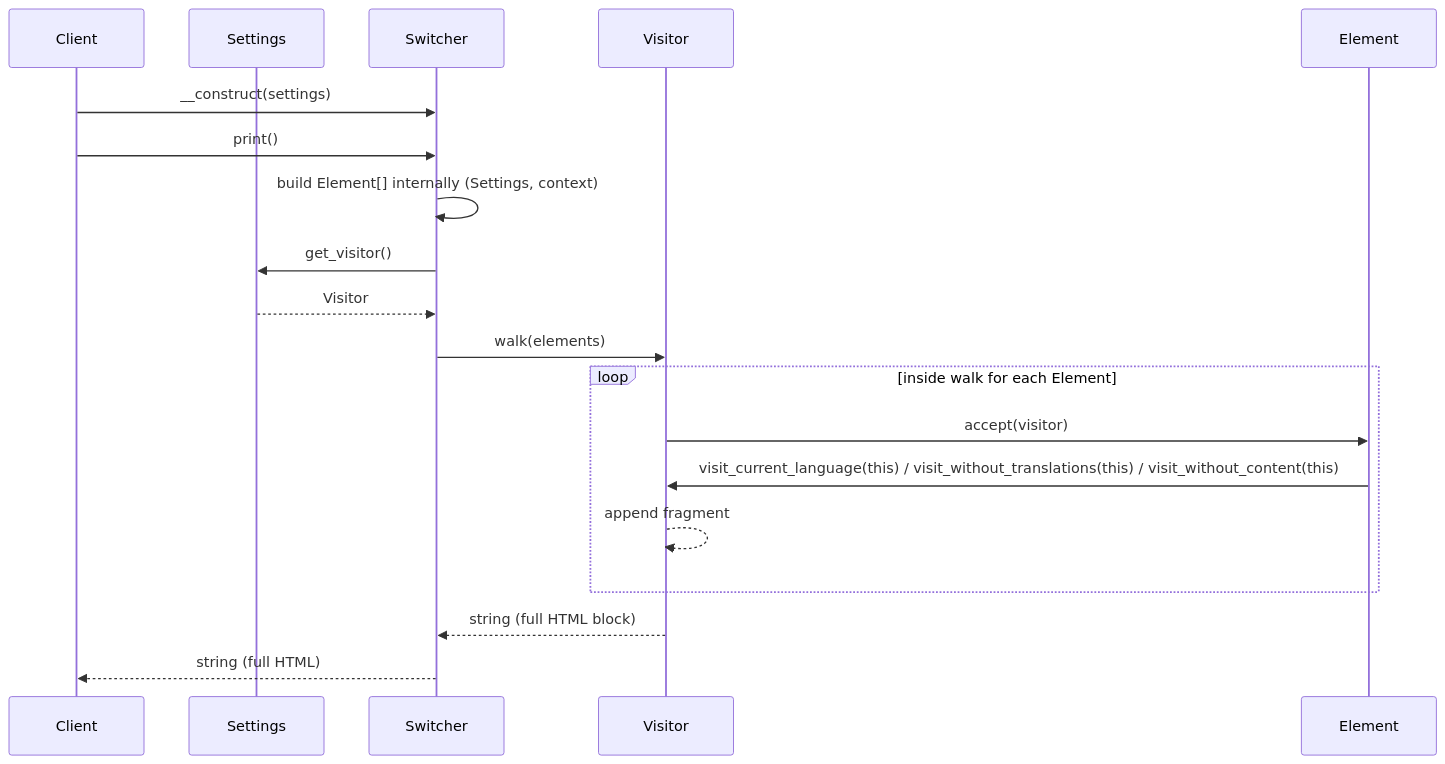
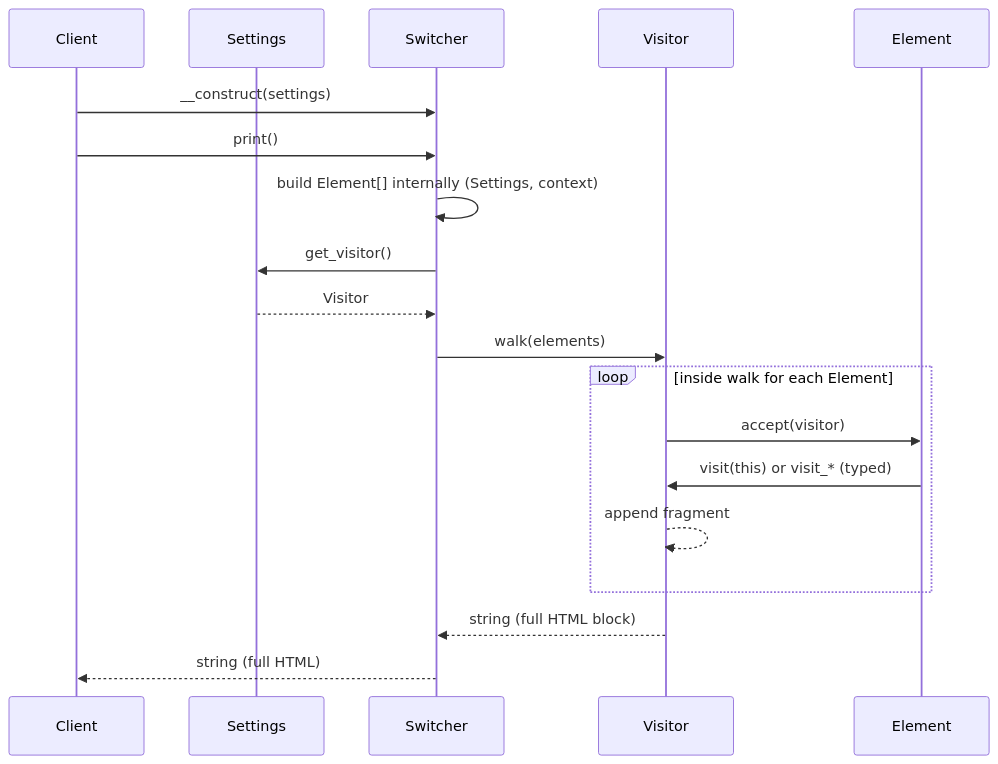
Before and after one commit to polylang/polylang: the second of 3 diagrams in switcher.md, drawn with Mermaid. The commit also changed other lines of this file and 1 other file, not shown here.

Commit message:
Add Element::visit() method for simple switcher items.

````diff
--- a/switcher.md
+++ b/switcher.md
@@ -144,22 +151,22 @@
 ```mermaid
 sequenceDiagram
     participant Client
     participant Settings
     participant Switcher
     participant Visitor
     participant Element
 
     Client->>Switcher: __construct(settings)
     Client->>Switcher: print()
     Switcher->>Switcher: build Element[] internally (Settings, context)
     Switcher->>Settings: get_visitor()
     Settings-->>Switcher: Visitor
     Switcher->>Visitor: walk(elements)
     loop inside walk for each Element
         Visitor->>Element: accept(visitor)
-        Element->>Visitor: visit_current_language(this) / visit_without_translations(this) / visit_without_content(this)
+        Element->>Visitor: visit(this) or visit_* (typed)
         Visitor-->>Visitor: append fragment
     end
     Visitor-->>Switcher: string (full HTML block)
     Switcher-->>Client: string (full HTML)
 ```
````
